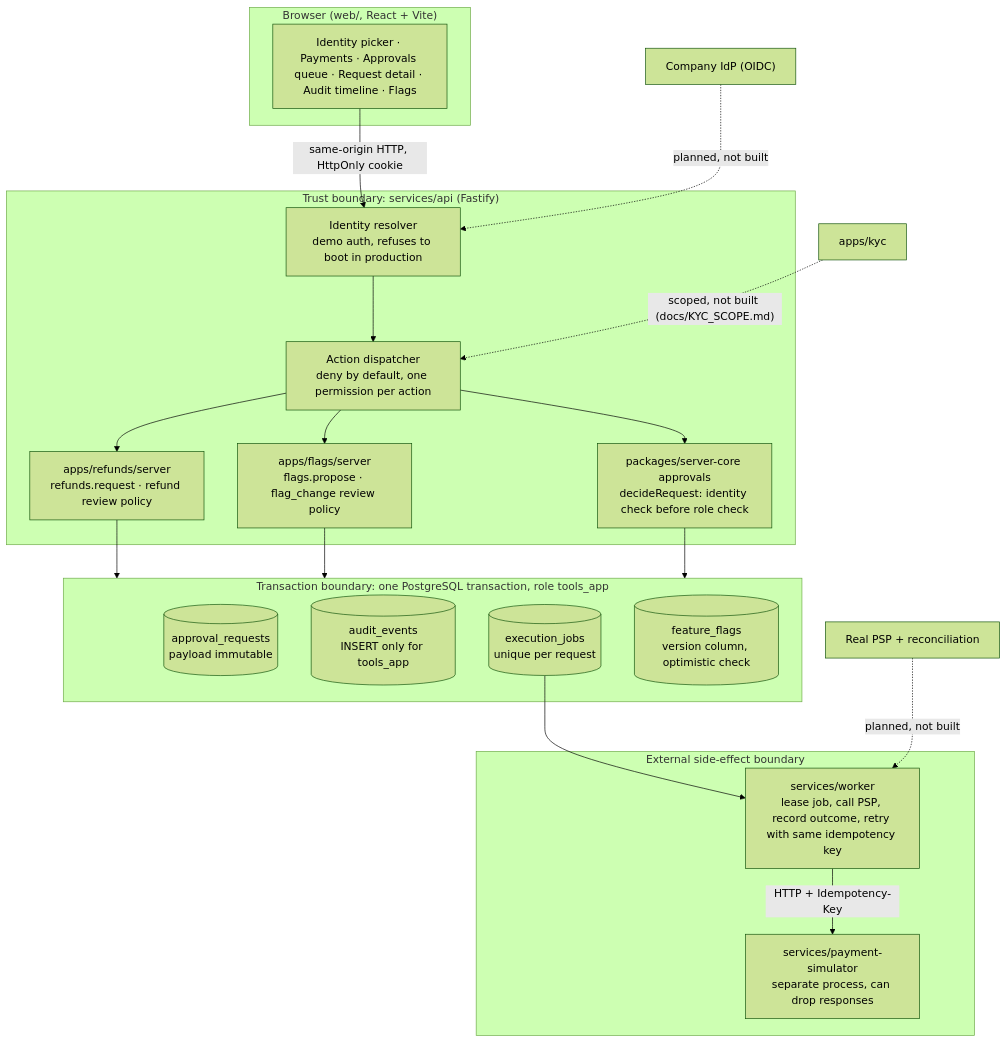
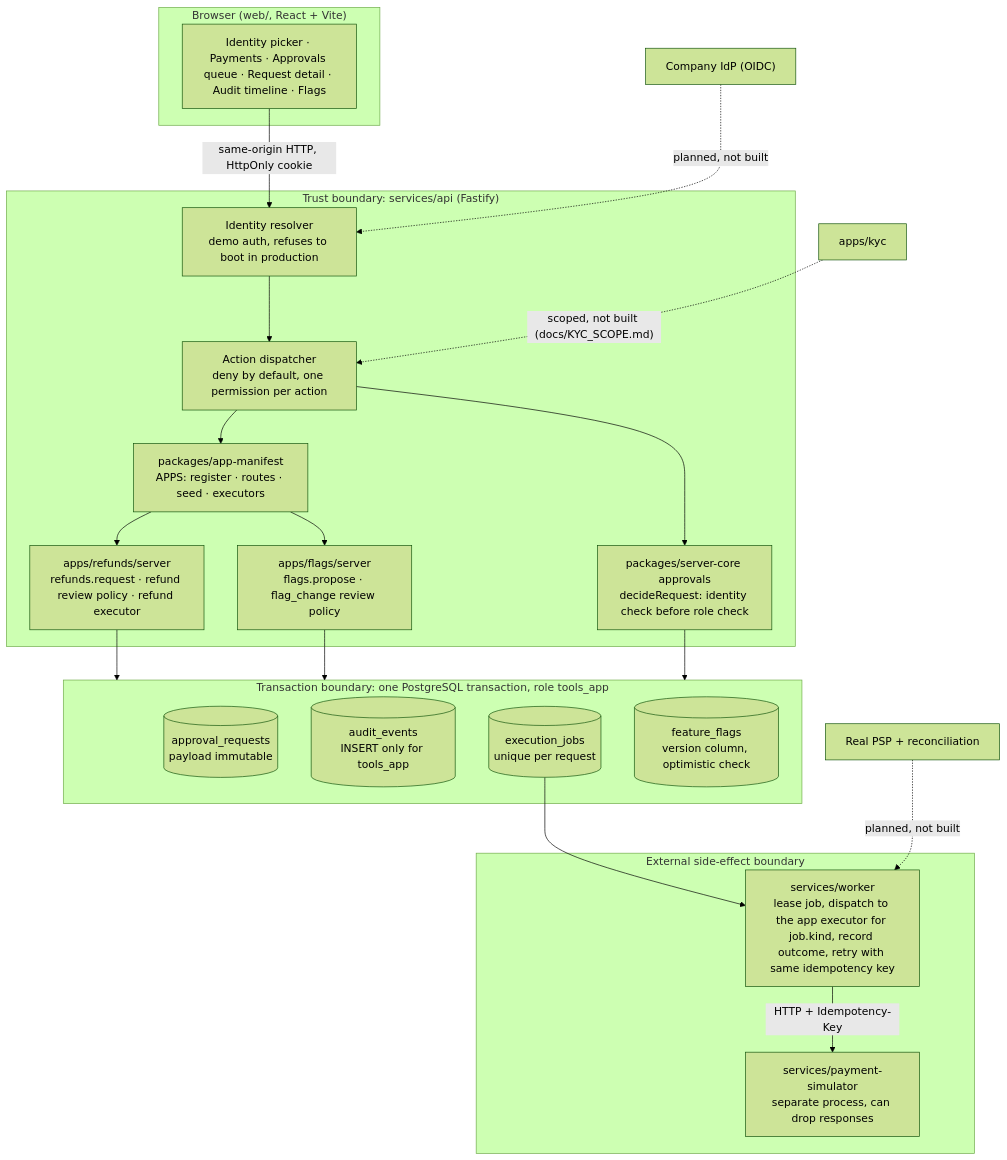
One commit to sidong0906/devin changed the diagram in docs/ARCHITECTURE.md. Above: the diagram before and after it, drawn with Mermaid (forest theme). The commit also changed other lines of this file and 69 other files, not shown here.

First line of the commit message:
Structure pass: app manifest, app-owned modules, contracts split, web app registry

````diff
--- a/docs/ARCHITECTURE.md
+++ b/docs/ARCHITECTURE.md
@@ -7,37 +7,38 @@
 ```mermaid
 flowchart TB
     subgraph CLIENT["Browser (web/, React + Vite)"]
       UI["Identity picker · Payments · Approvals queue · Request detail · Audit timeline · Flags"]
     end
 
     UI -->|"same-origin HTTP, HttpOnly cookie"| ID
 
     subgraph API["Trust boundary: services/api (Fastify)"]
       ID["Identity resolver<br/>demo auth, refuses to boot in production"]
       ID --> DISPATCH["Action dispatcher<br/>deny by default, one permission per action"]
-      DISPATCH --> REF["apps/refunds/server<br/>refunds.request · refund review policy"]
-      DISPATCH --> FLG["apps/flags/server<br/>flags.propose · flag_change review policy"]
+      DISPATCH --> MAN["packages/app-manifest<br/>APPS: register · routes · seed · executors"]
+      MAN --> REF["apps/refunds/server<br/>refunds.request · refund review policy · refund executor"]
+      MAN --> FLG["apps/flags/server<br/>flags.propose · flag_change review policy"]
       DISPATCH --> DECIDE["packages/server-core approvals<br/>decideRequest: identity check before role check"]
     end
 
     subgraph TX["Transaction boundary: one PostgreSQL transaction, role tools_app"]
       REQS[("approval_requests<br/>payload immutable")]
       AUD[("audit_events<br/>INSERT only for tools_app")]
       JOBS[("execution_jobs<br/>unique per request")]
       FLAGS[("feature_flags<br/>version column, optimistic check")]
     end
 
     REF --> TX
     FLG --> TX
     DECIDE --> TX
 
     subgraph SIDE["External side-effect boundary"]
-      WORKER["services/worker<br/>lease job, call PSP, record outcome, retry with same idempotency key"]
+      WORKER["services/worker<br/>lease job, dispatch to the app executor for job.kind, record outcome, retry with same idempotency key"]
       SIM["services/payment-simulator<br/>separate process, can drop responses"]
     end
     JOBS --> WORKER -->|"HTTP + Idempotency-Key"| SIM
 
     SSO["Company IdP (OIDC)"] -.->|"planned, not built"| ID
     PSP["Real PSP + reconciliation"] -.->|"planned, not built"| WORKER
     KYC["apps/kyc"] -.->|"scoped, not built (docs/KYC_SCOPE.md)"| DISPATCH
 ```
````
